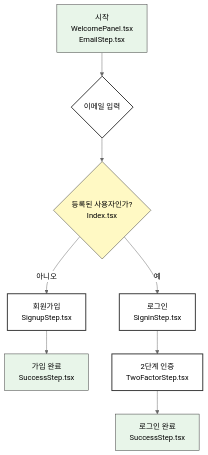
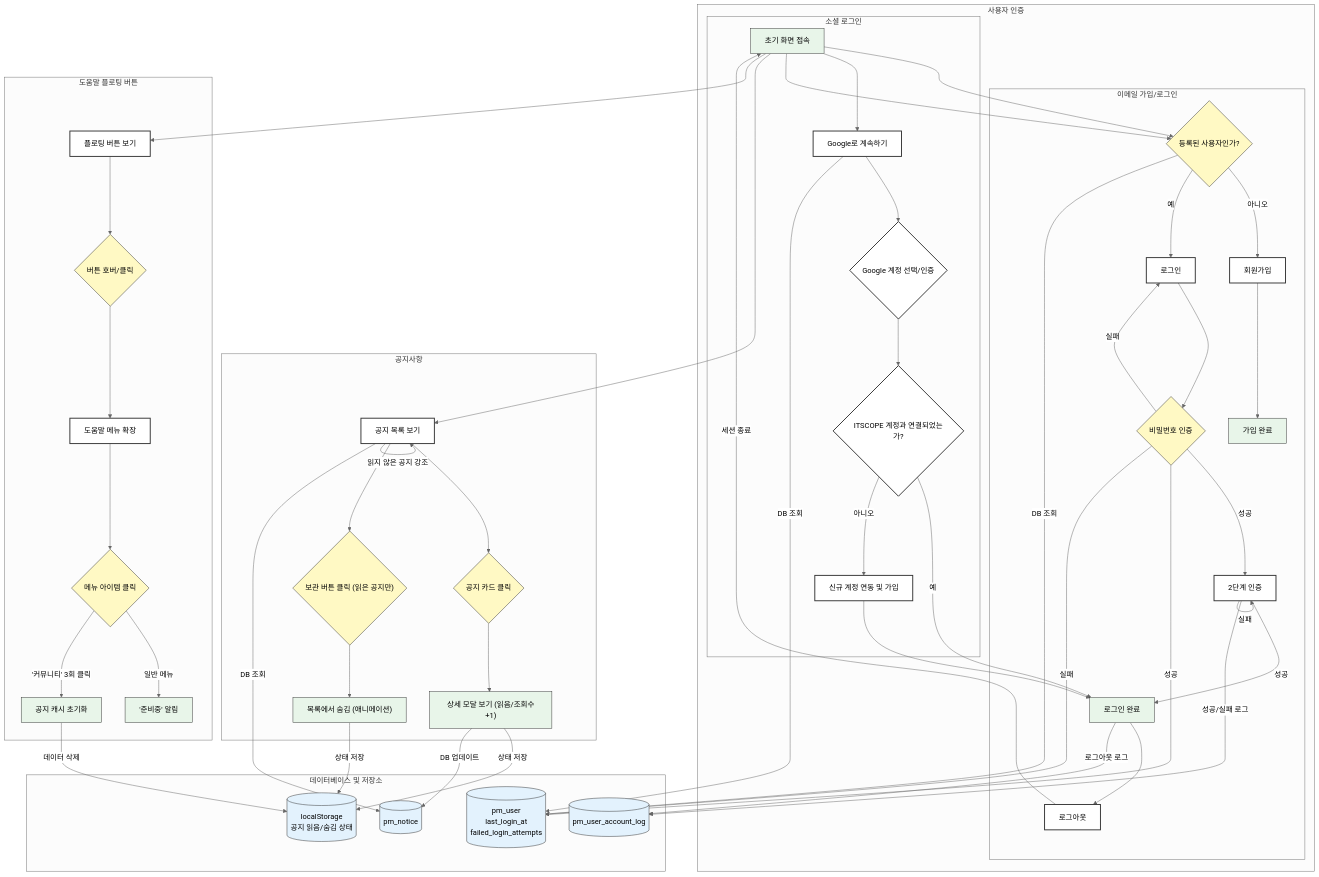
Before and after one commit to GeneratedByAIServices/itscope-app-v1: the diagram in USER_FLOW.md, drawn with Mermaid (neutral theme). The commit also changed other lines of this file and 19 other files, not shown here.

````diff
--- a/USER_FLOW.md
+++ b/USER_FLOW.md
@@ -7,19 +7,83 @@
 ```mermaid
 graph TD
-    A["시작<br/>WelcomePanel.tsx<br/>EmailStep.tsx"] --> B{"이메일 입력"};
-    B --> C{"등록된 사용자인가?<br/>Index.tsx"};
+    S["초기 화면 접속"]
 
-    C -- "아니오" --> D["회원가입<br/>SignupStep.tsx"];
-    D --> E["가입 완료<br/>SuccessStep.tsx"];
+    subgraph "사용자 인증"
+        C{"등록된 사용자인가?"}
+        S --> C
+        
+        subgraph "이메일 가입/로그인"
+            C -- "아니오" --> D["회원가입"];
+            D --> E["가입 완료"];
+            C -- "예" --> F["로그인"];
+            F --> F_AUTH{"비밀번호 인증"};
+            F_AUTH -- "성공" --> G["2단계 인증"];
+            G -- "성공" --> H["로그인 완료"];
+            G -- "실패" --> G;
+            H --> H_LOGOUT["로그아웃"];
+            F_AUTH -- "실패" --> F;
+        end
 
-    C -- "예" --> F["로그인<br/>SigninStep.tsx"];
-    F --> G["2단계 인증<br/>TwoFactorStep.tsx"];
-    G --> H["로그인 완료<br/>SuccessStep.tsx"];
+        subgraph "소셜 로그인"
+            S --> I["Google로 계속하기"];
+            I --> J{"Google 계정 선택/인증"};
+            J --> K{"ITSCOPE 계정과 연결되었는가?"};
+            K -- "예" --> H;
+            K -- "아니오" --> L["신규 계정 연동 및 가입"];
+            L --> H;
+        end
+    end
 
+    subgraph "공지사항"
+        N1["공지 목록 보기"] -- "읽지 않은 공지 강조" --> N1;
+        N1 --> N2{"공지 카드 클릭"};
+        N2 --> N3["상세 모달 보기 (읽음/조회수+1)"];
+        N1 --> N4{"보관 버튼 클릭 (읽은 공지만)"};
+        N4 --> N5["목록에서 숨김 (애니메이션)"];
+    end
+
+    subgraph "도움말 플로팅 버튼"
+        FB1["플로팅 버튼 보기"] --> FB2{"버튼 호버/클릭"};
+        FB2 --> FB3["도움말 메뉴 확장"];
+        FB3 --> FB4{"메뉴 아이템 클릭"};
+        FB4 -- "일반 메뉴" --> FB5["'준비중' 알림"];
+        FB4 -- "'커뮤니티' 3회 클릭" --> FB6["공지 캐시 초기화"];
+    end
+    
+    %% 시작점에서 각 기능 흐름으로 연결
+    S --> C;
+    S --> N1;
+    S --> FB1;
+
+    subgraph "데이터베이스 및 저장소"
+        DB_USERS[("pm_user<br/>last_login_at<br/>failed_login_attempts")]
+        DB_NOTICES[("pm_notice")]
+        DB_LOGS[("pm_user_account_log")]
+        LS[("localStorage<br/>공지 읽음/숨김 상태")]
+    end
+
+    %% DB & LocalStorage Interactions
+    C -- "DB 조회" --> DB_USERS;
+    I -- "DB 조회" --> DB_USERS;
+    F_AUTH -- "성공" --> DB_USERS;
+    F_AUTH -- "실패" --> DB_USERS;
+    G -- "성공/실패 로그" --> DB_LOGS;
+    H -- "로그아웃 로그" --> DB_LOGS;
+    H_LOGOUT -- "세션 종료" --> S;
+    
+    N1 -- "DB 조회" --> DB_NOTICES;
+    N3 -- "상태 저장" --> LS;
+    N3 -- "DB 업데이트" --> DB_NOTICES;
+    N5 -- "상태 저장" --> LS;
+    FB6 -- "데이터 삭제" --> LS;
+
+    %% Styling
     classDef default fill:#fff,stroke:#333,stroke-width:2px,color:#000;
     classDef startend fill:#e8f5e9,stroke:#333,stroke-width:1px,color:#000;
     classDef decision fill:#fff9c4,stroke:#333,stroke-width:1px,color:#000;
-    
-    class A,E,H startend;
-    class C decision;
+    classDef db fill:#e3f2fd,stroke:#333,stroke-width:1px,color:#000;
+
+    class S,E,H,N3,N5,FB5,FB6 startend;
+    class C,F_AUTH,N2,N4,FB2,FB4 decision;
+    class DB_USERS,DB_NOTICES,DB_LOGS,LS db;
 ```
````
